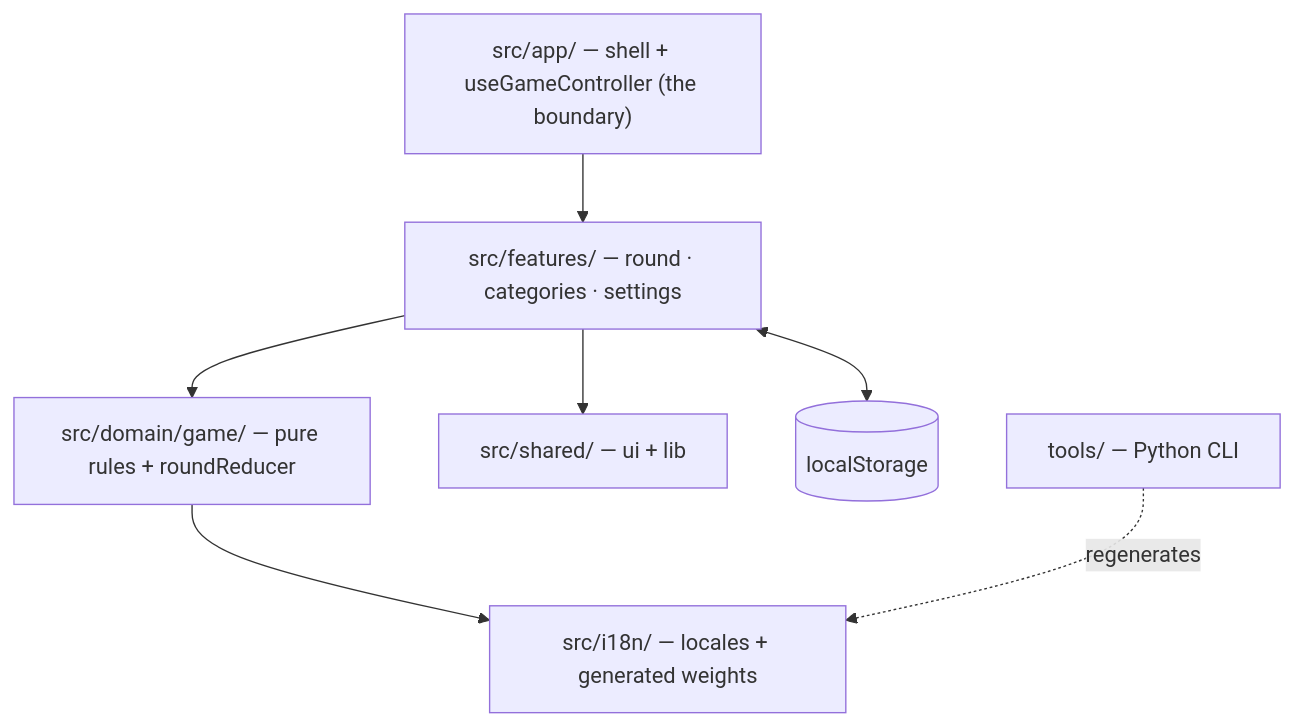
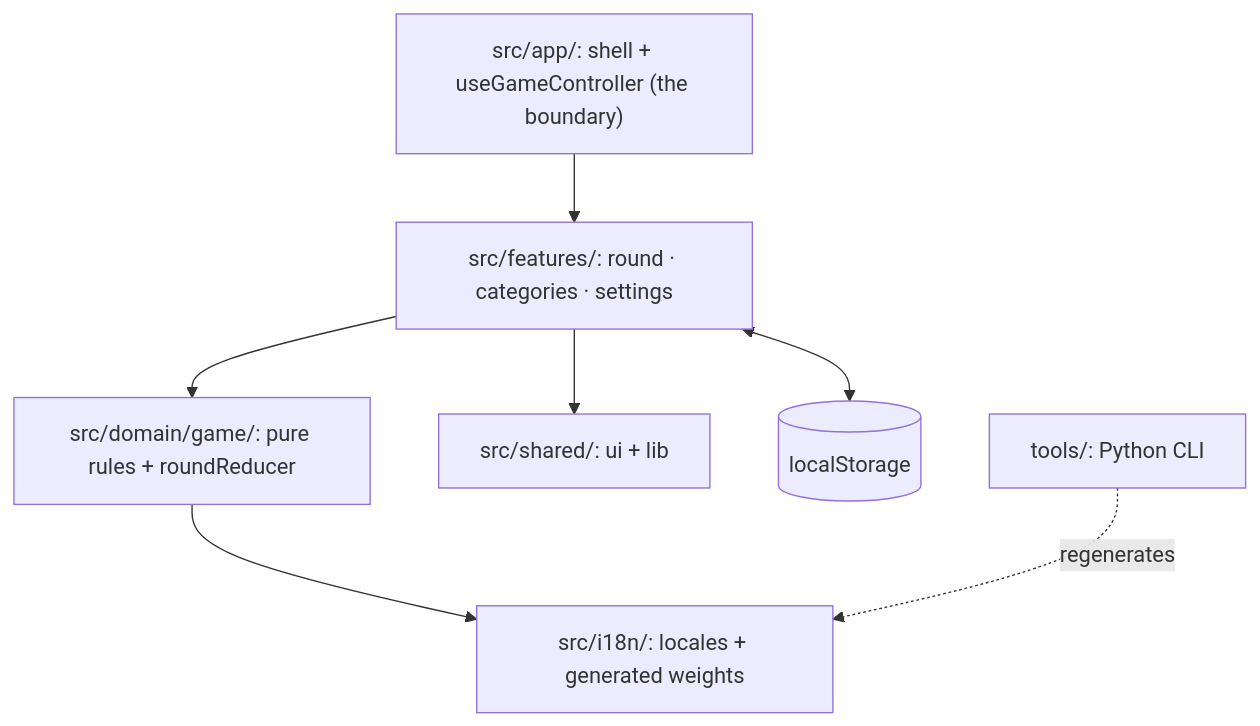
The first of 2 diagrams in docs/architecture.md (simonvanlierde/scattergories), drawn with Mermaid before and after one commit. The commit also changed other lines of this file and 11 other files, not shown here.

````diff
--- a/docs/architecture.md
+++ b/docs/architecture.md
@@ -9,17 +9,17 @@
 ```mermaid
 flowchart TD
-    App["src/app/ — shell + useGameController (the boundary)"]
-    Features["src/features/ — round · categories · settings"]
-    Domain["src/domain/game/ — pure rules + roundReducer"]
-    Shared["src/shared/ — ui + lib"]
-    I18n["src/i18n/ — locales + generated weights"]
+    App["src/app/: shell + useGameController (the boundary)"]
+    Features["src/features/: round · categories · settings"]
+    Domain["src/domain/game/: pure rules + roundReducer"]
+    Shared["src/shared/: ui + lib"]
+    I18n["src/i18n/: locales + generated weights"]
     Storage[("localStorage")]
-    Tools["tools/ — Python CLI"]
+    Tools["tools/: Python CLI"]
 
     App --> Features
     Features --> Domain
     Features --> Shared
     Domain --> I18n
     Features <--> Storage
     Tools -. regenerates .-> I18n
 ```
````
